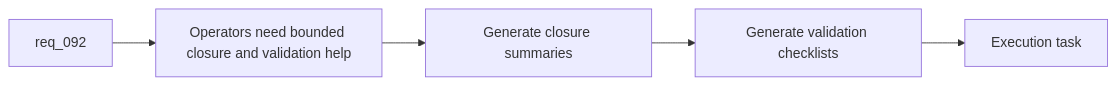
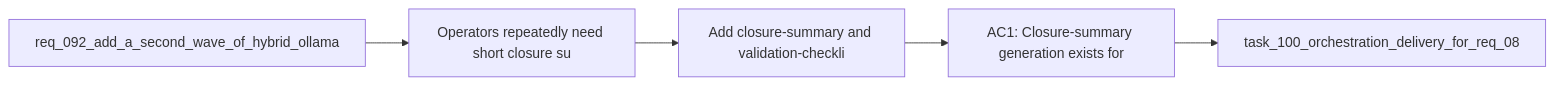
The diagram in logics/backlog/item_148_add_closure_summary_and_validation_checklist_generation_flows.md (AlexAgo83/logics-manager), drawn with Mermaid before and after one commit. The commit also changed 481 other files, not shown here.

````diff
--- a/logics/backlog/item_148_add_closure_summary_and_validation_checklist_generation_flows.md
+++ b/logics/backlog/item_148_add_closure_summary_and_validation_checklist_generation_flows.md
@@ -28,9 +28,9 @@
 ```mermaid
 %% logics-kind: backlog
 %% logics-signature: backlog|add-closure-summary-and-validation-check|req-092-add-a-second-wave-of-hybrid-olla|operators-repeatedly-need-short-closure-|ac1-closure-summary-generation-exists-fo
 flowchart LR
-    Request[req_092] --> Problem[Operators need bounded closure and validation help]
-    Problem --> Summary[Generate closure summaries]
-    Summary --> Checklist[Generate validation checklists]
-    Checklist --> Done[Execution task]
+    Request[req_092_add_a_second_wave_of_hybrid_ollama] --> Problem[Operators repeatedly need short closure su]
+    Problem --> Scope[Add closure-summary and validation-checkli]
+    Scope --> Acceptance[AC1: Closure-summary generation exists for]
+    Acceptance --> Tasks[task_100_orchestration_delivery_for_req_08]
 ```
````
